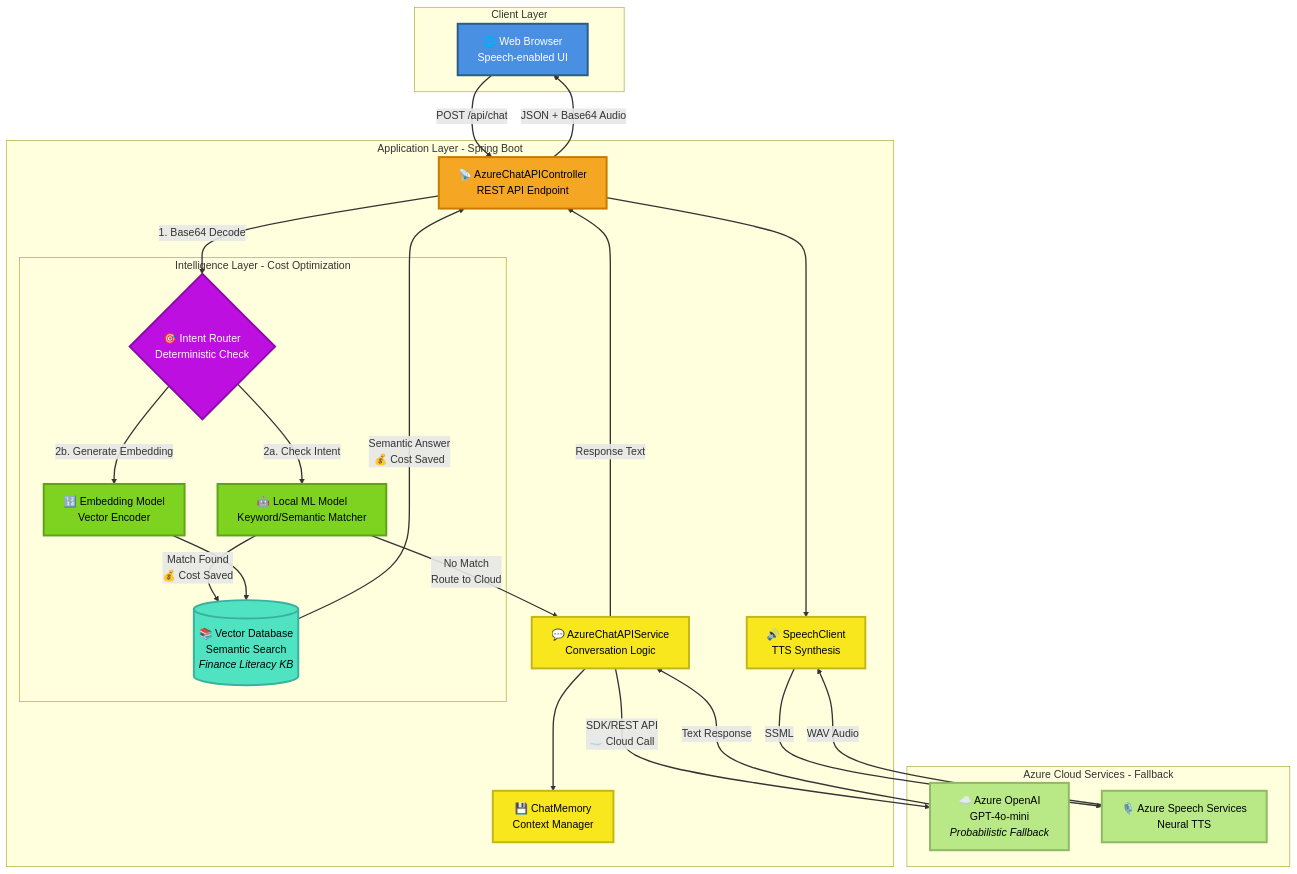
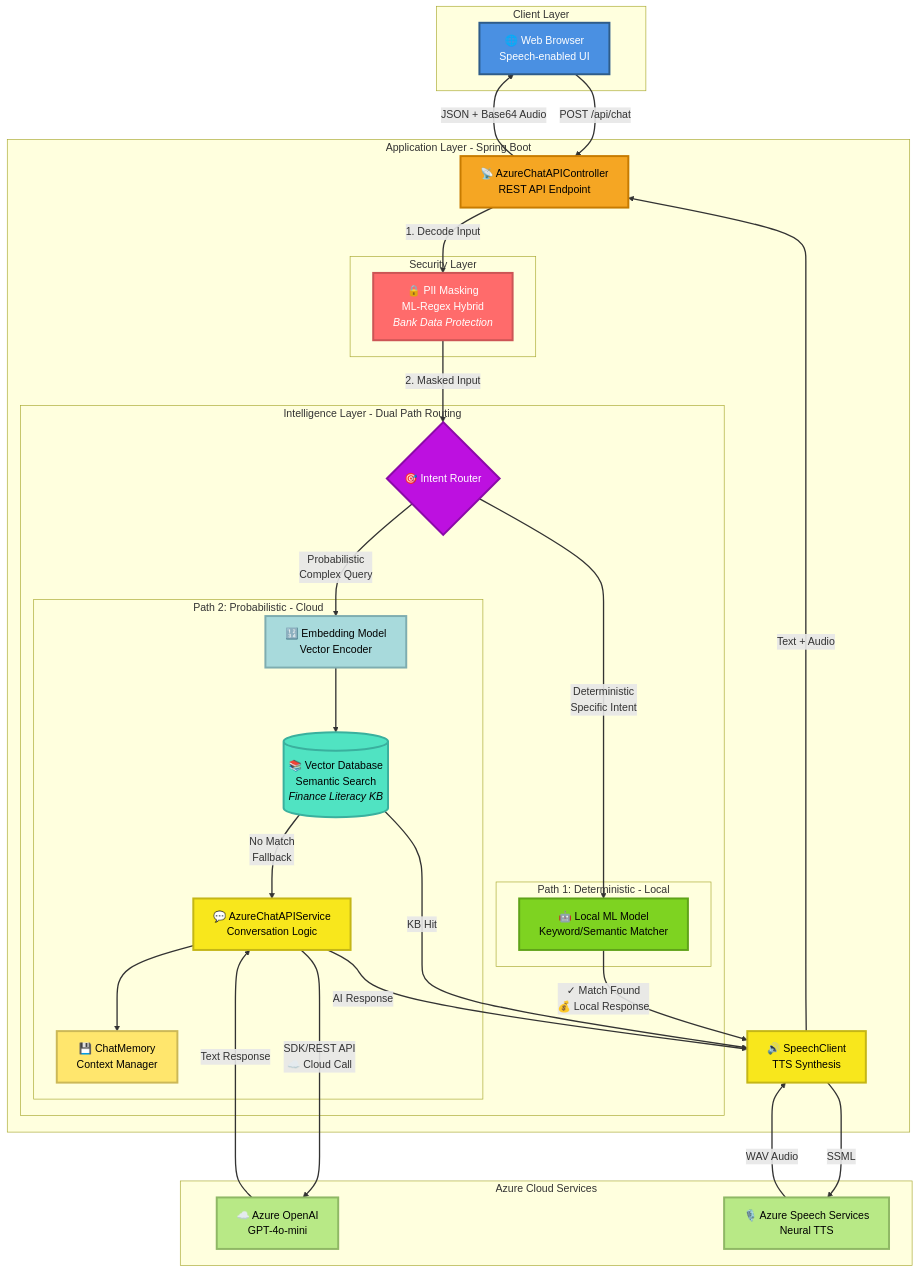
The first of 12 diagrams in ARCHITECTURE_DIAGRAMS.md (zerriet/azureBotSample), drawn with Mermaid before and after one commit. The commit also changed other lines of this file, not shown here.

First line of the commit message:
Update architecture diagrams with correct dual-path routing and PII masking

````diff
--- a/ARCHITECTURE_DIAGRAMS.md
+++ b/ARCHITECTURE_DIAGRAMS.md
@@ -11,63 +11,76 @@
 ```mermaid
 graph TB
     subgraph "Client Layer"
         UI["🌐 Web Browser<br/>Speech-enabled UI"]
     end
 
     subgraph "Application Layer - Spring Boot"
         Controller["📡 AzureChatAPIController<br/>REST API Endpoint"]
 
-        subgraph "Intelligence Layer - Cost Optimization"
-            Router{"🎯 Intent Router<br/>Deterministic Check"}
-            LocalML["🤖 Local ML Model<br/>Keyword/Semantic Matcher"]
-            Embedding["🔢 Embedding Model<br/>Vector Encoder"]
-            VectorDB[("📚 Vector Database<br/>Semantic Search<br/><i>Finance Literacy KB</i>")]
+        subgraph "Security Layer"
+            PIIMask["🔒 PII Masking<br/>ML-Regex Hybrid<br/><i>Bank Data Protection</i>"]
         end
 
-        ChatService["💬 AzureChatAPIService<br/>Conversation Logic"]
+        subgraph "Intelligence Layer - Dual Path Routing"
+            Router{"🎯 Intent Router"}
+
+            subgraph "Path 1: Deterministic - Local"
+                LocalML["🤖 Local ML Model<br/>Keyword/Semantic Matcher"]
+            end
+
+            subgraph "Path 2: Probabilistic - Cloud"
+                Embedding["🔢 Embedding Model<br/>Vector Encoder"]
+                VectorDB[("📚 Vector Database<br/>Semantic Search<br/><i>Finance Literacy KB</i>")]
+                ChatService["💬 AzureChatAPIService<br/>Conversation Logic"]
+                Memory["💾 ChatMemory<br/>Context Manager"]
+            end
+        end
+
         SpeechService["🔊 SpeechClient<br/>TTS Synthesis"]
-        Memory["💾 ChatMemory<br/>Context Manager"]
     end
 
-    subgraph "Azure Cloud Services - Fallback"
-        OpenAI["☁️ Azure OpenAI<br/>GPT-4o-mini<br/><i>Probabilistic Fallback</i>"]
+    subgraph "Azure Cloud Services"
+        OpenAI["☁️ Azure OpenAI<br/>GPT-4o-mini"]
         Speech["🎙️ Azure Speech Services<br/>Neural TTS"]
     end
 
     UI -->|"POST /api/chat"| Controller
-    Controller -->|"1. Base64 Decode"| Router
+    Controller -->|"1. Decode Input"| PIIMask
+    PIIMask -->|"2. Masked Input"| Router
 
-    Router -->|"2a. Check Intent"| LocalML
-    Router -->|"2b. Generate Embedding"| Embedding
+    Router -->|"Deterministic<br/>Specific Intent"| LocalML
+    Router -->|"Probabilistic<br/>Complex Query"| Embedding
 
-    LocalML -->|"Match Found<br/>💰 Cost Saved"| VectorDB
-    LocalML -->|"No Match<br/>Route to Cloud"| ChatService
+    LocalML -->|"✓ Match Found<br/>💰 Local Response"| SpeechService
 
     Embedding --> VectorDB
-    VectorDB -->|"Semantic Answer<br/>💰 Cost Saved"| Controller
+    VectorDB -->|"KB Hit"| SpeechService
+    VectorDB -->|"No Match<br/>Fallback"| ChatService
 
-    Controller --> SpeechService
     ChatService --> Memory
     ChatService -->|"SDK/REST API<br/>☁️ Cloud Call"| OpenAI
+    OpenAI -->|"Text Response"| ChatService
+    ChatService -->|"AI Response"| SpeechService
+
     SpeechService -->|"SSML"| Speech
-    OpenAI -->|"Text Response"| ChatService
     Speech -->|"WAV Audio"| SpeechService
-    ChatService -->|"Response Text"| Controller
+    SpeechService -->|"Text + Audio"| Controller
     Controller -->|"JSON + Base64 Audio"| UI
 
     %% Styling for visibility in both light and dark modes
     style UI fill:#4A90E2,stroke:#2E5C8A,stroke-width:3px,color:#FFFFFF
     style Controller fill:#F5A623,stroke:#C77B00,stroke-width:3px,color:#000000
+    style PIIMask fill:#FF6B6B,stroke:#CC5555,stroke-width:3px,color:#FFFFFF
     style Router fill:#BD10E0,stroke:#8B0AA8,stroke-width:3px,color:#FFFFFF
     style LocalML fill:#7ED321,stroke:#5FA319,stroke-width:3px,color:#000000
-    style Embedding fill:#7ED321,stroke:#5FA319,stroke-width:3px,color:#000000
+    style Embedding fill:#A8DADC,stroke:#7EADB0,stroke-width:3px,color:#000000
     style VectorDB fill:#50E3C2,stroke:#3AB09E,stroke-width:3px,color:#000000
     style ChatService fill:#F8E71C,stroke:#C4B616,stroke-width:3px,color:#000000
     style SpeechService fill:#F8E71C,stroke:#C4B616,stroke-width:3px,color:#000000
-    style Memory fill:#F8E71C,stroke:#C4B616,stroke-width:3px,color:#000000
+    style Memory fill:#FFE66D,stroke:#CCB857,stroke-width:3px,color:#000000
     style OpenAI fill:#B8E986,stroke:#8FB865,stroke-width:3px,color:#000000
     style Speech fill:#B8E986,stroke:#8FB865,stroke-width:3px,color:#000000
 
     %% Link styling for better visibility
     linkStyle default stroke:#333,stroke-width:2px
 ```
````
